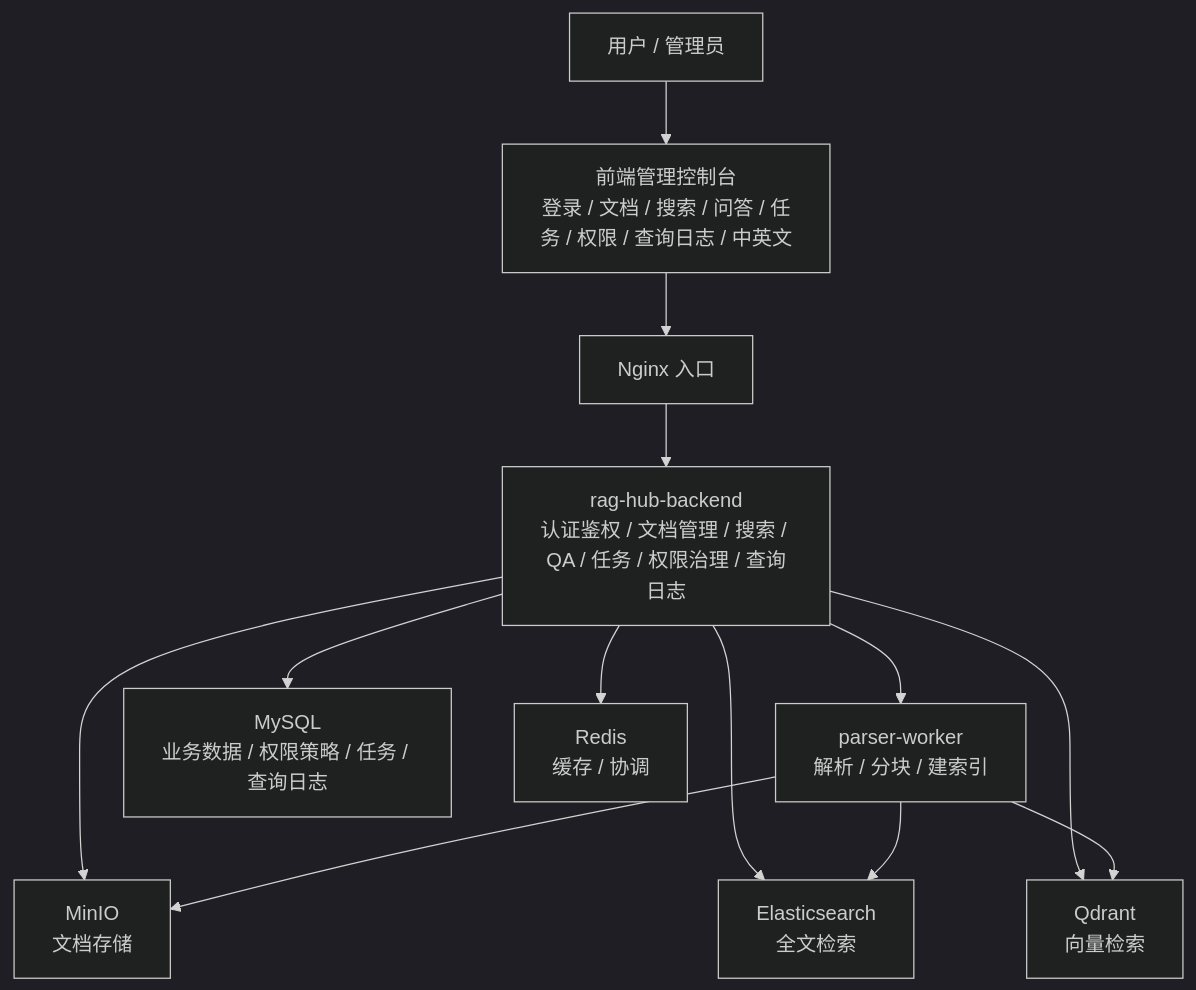
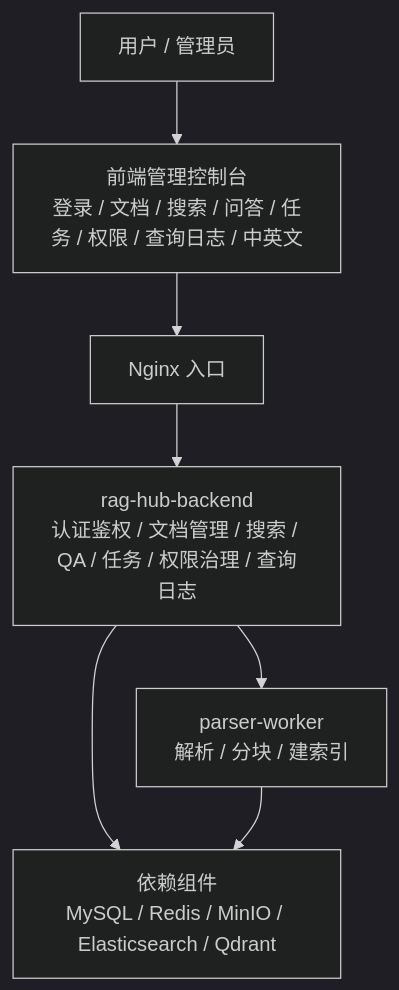
The diagram in README.md (hwj1995style/rag-hub), drawn with Mermaid (dark theme) before and after one commit.

Commit message:
docs: simplify architecture diagram dependencies

````diff
--- a/README.md
+++ b/README.md
@@ -5,23 +5,16 @@
 ```mermaid
 flowchart TB
     U["用户 / 管理员"]
     F["前端管理控制台<br/>登录 / 文档 / 搜索 / 问答 / 任务 / 权限 / 查询日志 / 中英文"]
     N["Nginx 入口"]
     B["rag-hub-backend<br/>认证鉴权 / 文档管理 / 搜索 / QA / 任务 / 权限治理 / 查询日志"]
     P["parser-worker<br/>解析 / 分块 / 建索引"]
+    I["依赖组件<br/>MySQL / Redis / MinIO / Elasticsearch / Qdrant"]
 
     U --> F
     F --> N
     N --> B
     B --> P
-
-    B --> DB["MySQL<br/>业务数据 / 权限策略 / 任务 / 查询日志"]
-    B --> R["Redis<br/>缓存 / 协调"]
-    B --> M["MinIO<br/>文档存储"]
-    B --> ES["Elasticsearch<br/>全文检索"]
-    B --> Q["Qdrant<br/>向量检索"]
-
-    P --> M
-    P --> ES
-    P --> Q
+    B --> I
+    P --> I
 ```
````
